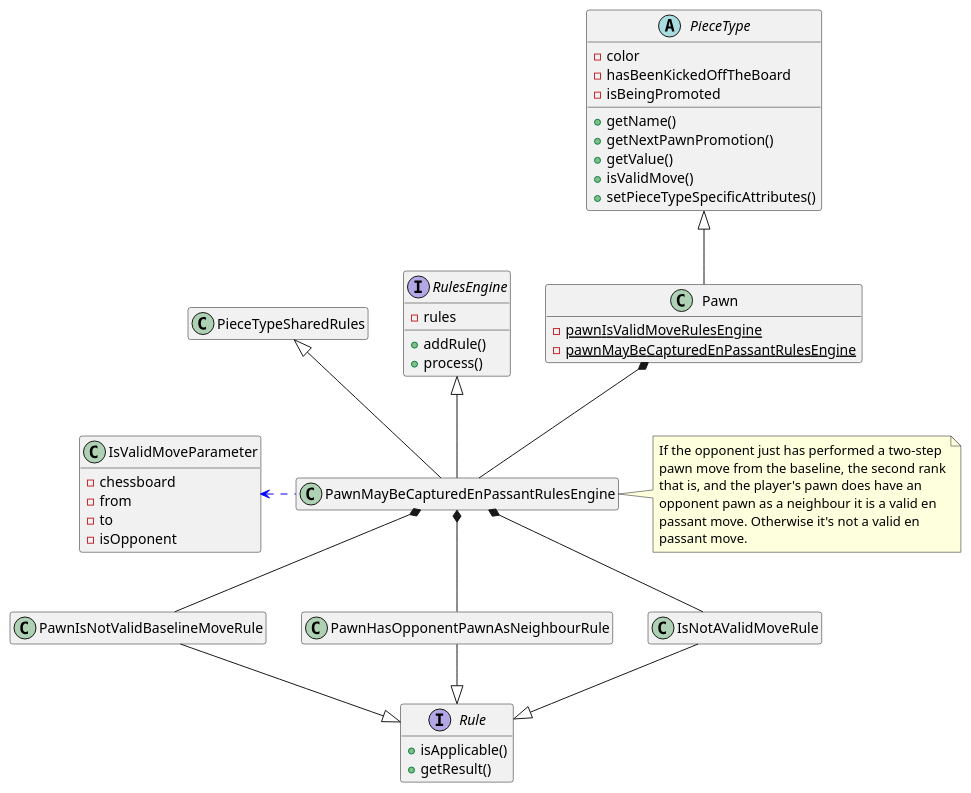
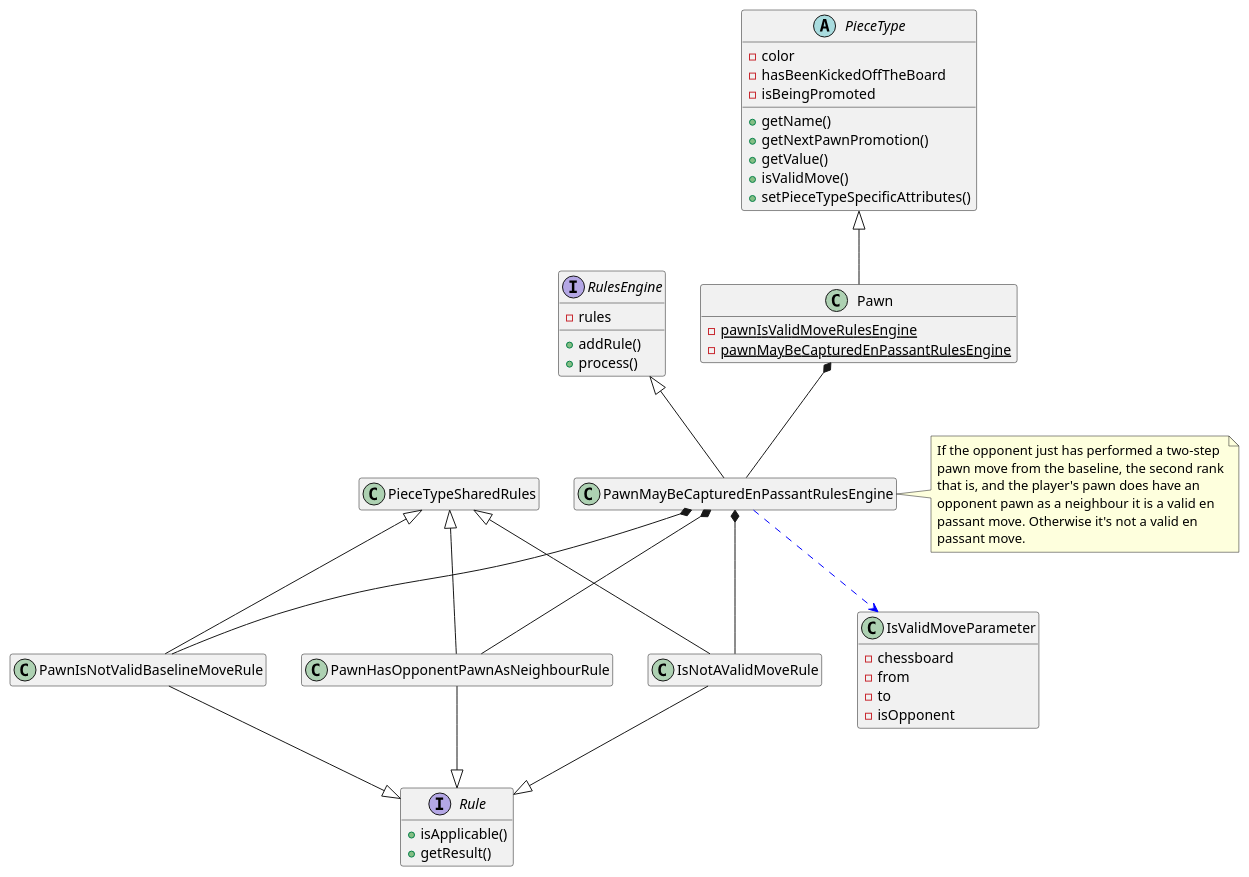
Before and after one commit to tiktaalick/chess-with-database: the diagram in game/src/main/resources/uml/pawnMayBeCapturedEnPassant.puml, drawn with PlantUML. The commit also changed 6 other files, not shown here.

Commit message:
Small changes to the class diagrams.

```diff
--- a/game/src/main/resources/uml/pawnMayBeCapturedEnPassant.puml
+++ b/game/src/main/resources/uml/pawnMayBeCapturedEnPassant.puml
@@ -1,75 +1,78 @@
 @startuml
 
 '--------------'
 'Hidden members'
 '--------------'
 hide empty members
 
 '----'
 'Move'
 '----'
 abstract class PieceType {
     - color
     - hasBeenKickedOffTheBoard
     - isBeingPromoted
     + getName()
     + getNextPawnPromotion()
     + getValue()
     + isValidMove()
     + setPieceTypeSpecificAttributes()
 }
 
 class Pawn {
     - {static} pawnIsValidMoveRulesEngine
     - {static} pawnMayBeCapturedEnPassantRulesEngine
 }
 
 class IsValidMoveParameter {
     - chessboard
     - from
     - to
     - isOpponent
 }
 
 interface RulesEngine {
     - rules
     + addRule()
     + process()
 }
 
 interface Rule {
     + isApplicable()
     + getResult()
 }
 
 '---------'
 'Relations'
 '---------'
 PieceType <|-down- Pawn
 
 Pawn *-down- PawnMayBeCapturedEnPassantRulesEngine
 PawnMayBeCapturedEnPassantRulesEngine -up-|> RulesEngine
-PawnMayBeCapturedEnPassantRulesEngine -up-|> PieceTypeSharedRules
-PawnMayBeCapturedEnPassantRulesEngine .left[#blue].> IsValidMoveParameter
+PawnMayBeCapturedEnPassantRulesEngine .[#blue].> IsValidMoveParameter
 
 PawnIsNotValidBaselineMoveRule -up-* PawnMayBeCapturedEnPassantRulesEngine
 PawnHasOpponentPawnAsNeighbourRule -up-* PawnMayBeCapturedEnPassantRulesEngine
 IsNotAValidMoveRule -up-* PawnMayBeCapturedEnPassantRulesEngine
 
 PawnIsNotValidBaselineMoveRule -down-|> Rule
 PawnHasOpponentPawnAsNeighbourRule -down-|> Rule
 IsNotAValidMoveRule -down-|> Rule
+
+PawnIsNotValidBaselineMoveRule -up-|> PieceTypeSharedRules
+PawnHasOpponentPawnAsNeighbourRule -up-|> PieceTypeSharedRules
+IsNotAValidMoveRule -up-|> PieceTypeSharedRules
 
 '-----'
 'Notes'
 '-----'
 note right of PawnMayBeCapturedEnPassantRulesEngine {
     If the opponent just has performed a two-step
     pawn move from the baseline, the second rank
     that is, and the player's pawn does have an
     opponent pawn as a neighbour it is a valid en
     passant move. Otherwise it's not a valid en
     passant move.
 }
 
 @enduml
```
